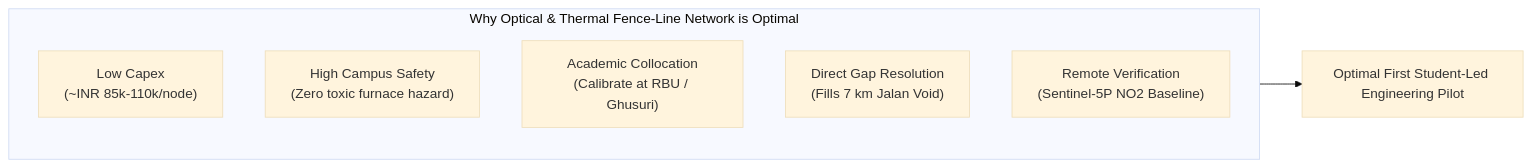
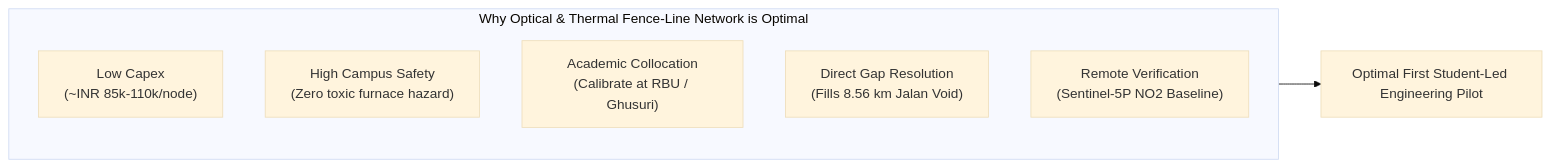
One commit to peter14l/prana-research-hub changed the diagram in OPPORTUNITY_ASSESSMENT_REPORT.md. Above: the diagram before and after it, drawn with Mermaid (base theme). The commit also changed other lines of this file and 13 other files, not shown here.

````diff
--- a/OPPORTUNITY_ASSESSMENT_REPORT.md
+++ b/OPPORTUNITY_ASSESSMENT_REPORT.md
@@ -278,11 +191,11 @@
 ```mermaid
 flowchart LR
     subgraph WhyFenceLine["Why Optical & Thermal Fence-Line Network is Optimal"]
         A["Low Capex\n(~INR 85k-110k/node)"]
         B["High Campus Safety\n(Zero toxic furnace hazard)"]
         C["Academic Collocation\n(Calibrate at RBU / Ghusuri)"]
-        D["Direct Gap Resolution\n(Fills 7 km Jalan Void)"]
+        D["Direct Gap Resolution\n(Fills 8.56 km Jalan Void)"]
         E["Remote Verification\n(Sentinel-5P NO2 Baseline)"]
     end
     WhyFenceLine --> SUCCESS["Optimal First Student-Led Engineering Pilot"]
 ```
````
